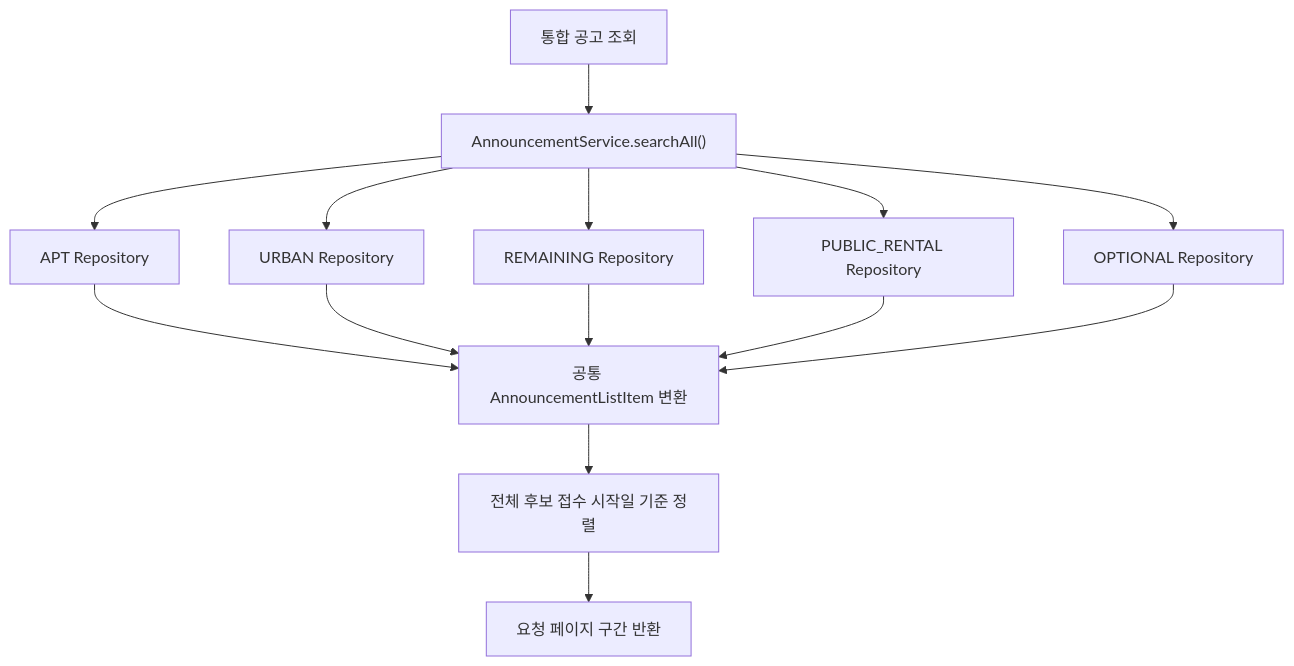
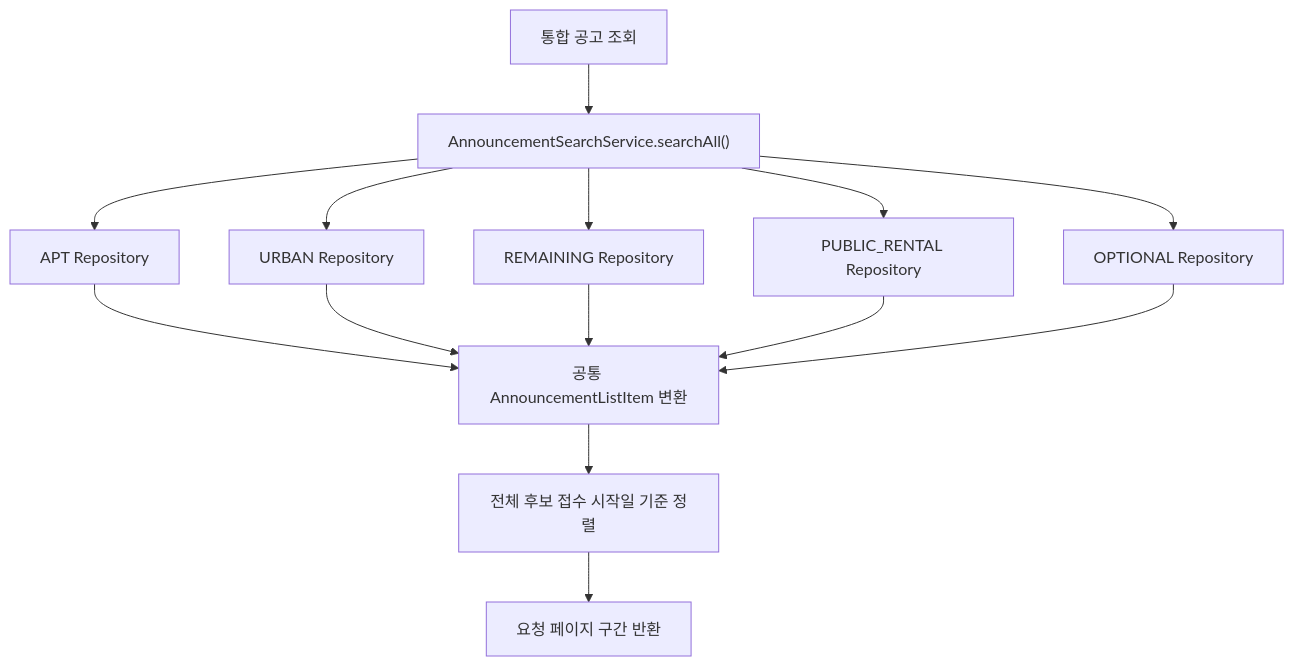
Before and after one commit to hyunyoul1004/toady: the diagram in toadyWebApi/README.md, drawn with Mermaid. The commit also changed other lines of this file and 60 other files, not shown here.

````diff
--- a/toadyWebApi/README.md
+++ b/toadyWebApi/README.md
@@ -34,16 +34,16 @@
 ```mermaid
 flowchart TD
-    Request["통합 공고 조회"] --> Service["AnnouncementService.searchAll()"]
+    Request["통합 공고 조회"] --> Service["AnnouncementSearchService.searchAll()"]
     Service --> APT["APT Repository"]
     Service --> URBAN["URBAN Repository"]
     Service --> REM["REMAINING Repository"]
     Service --> RENT["PUBLIC_RENTAL Repository"]
     Service --> OPT["OPTIONAL Repository"]
     APT --> DTO["공통 AnnouncementListItem 변환"]
     URBAN --> DTO
     REM --> DTO
     RENT --> DTO
     OPT --> DTO
     DTO --> Sort["전체 후보 접수 시작일 기준 정렬"]
     Sort --> Page["요청 페이지 구간 반환"]
 ```
````
